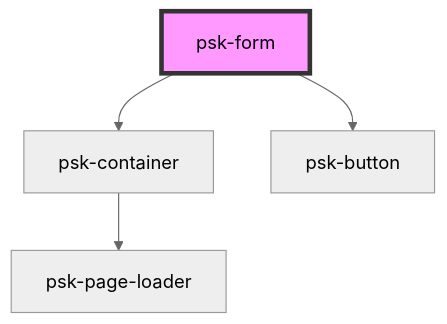
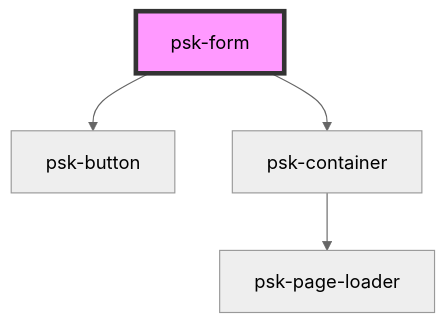
One commit to daniel-visoiu/cardinal changed the diagram in src/components/form-components/psk-form/readme.md. Above: the diagram before and after it, drawn with Mermaid (neutral theme). The commit also changed other lines of this file and 39 other files, not shown here.

Commit message:
refactored psk-form

````diff
--- a/src/components/form-components/psk-form/readme.md
+++ b/src/components/form-components/psk-form/readme.md
@@ -26,7 +26,7 @@
 ```mermaid
 graph TD;
+  psk-form --> psk-button
   psk-form --> psk-container
-  psk-form --> psk-button
   psk-container --> psk-page-loader
   style psk-form fill:#f9f,stroke:#333,stroke-width:4px
 ```
````
